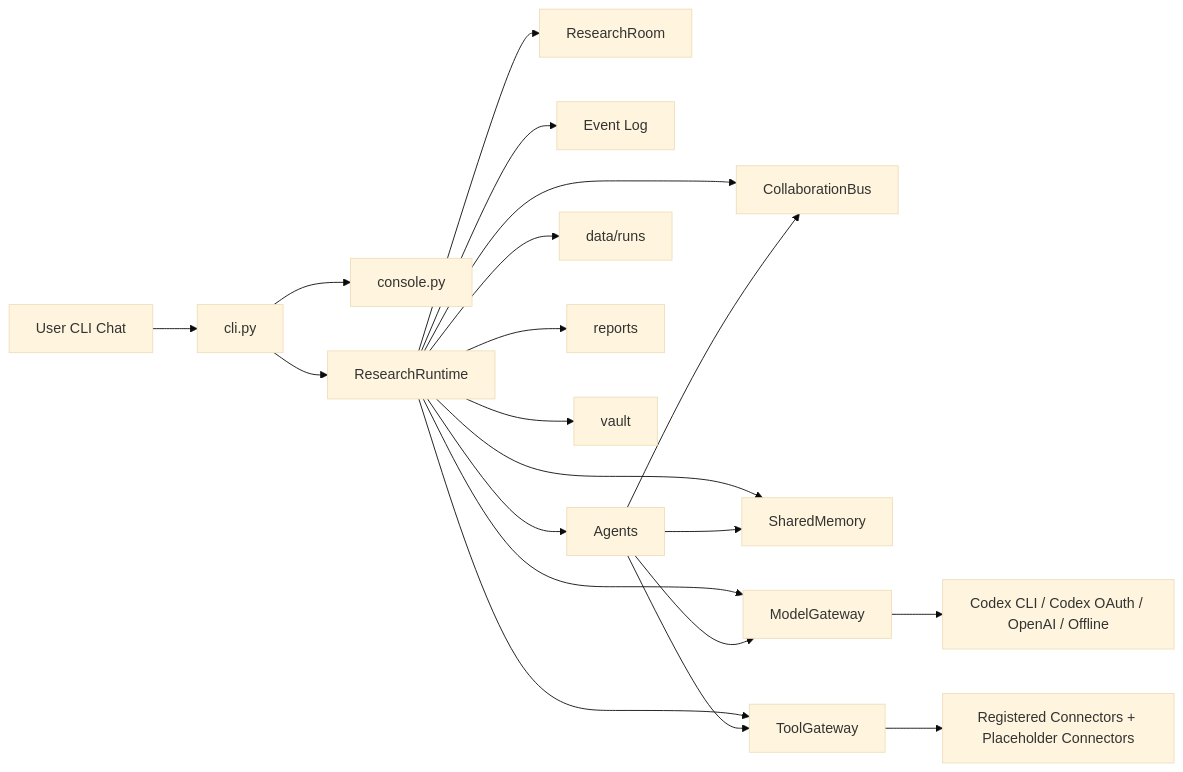
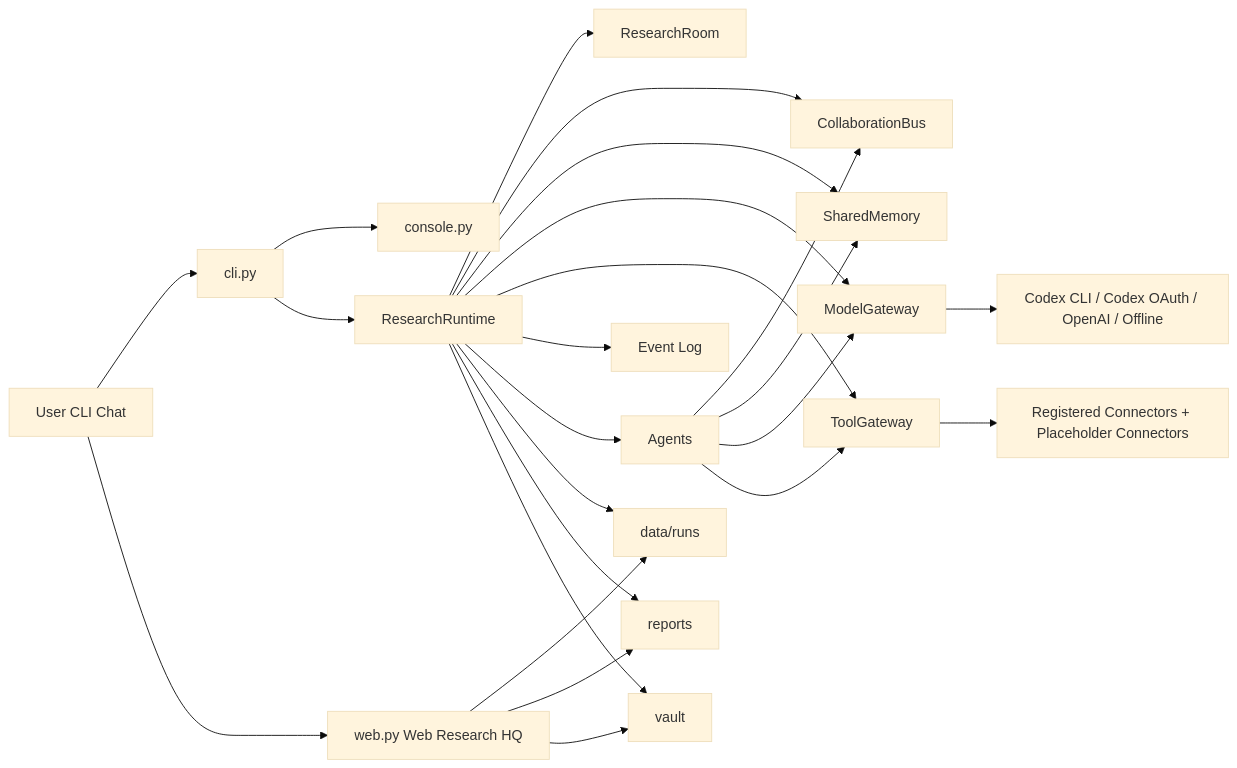
The diagram in docs/jimmoria-project-structure.md (Musashi-great/jimmoria), drawn with Mermaid (base theme) before and after one commit. The commit also changed other lines of this file and 4 other files, not shown here.

Commit message:
Add web research HQ dashboard

````diff
--- a/docs/jimmoria-project-structure.md
+++ b/docs/jimmoria-project-structure.md
@@ -104,26 +106,30 @@
 ```mermaid
 flowchart LR
     User[User CLI Chat] --> CLI[cli.py]
     CLI --> Console[console.py]
     CLI --> Runtime[ResearchRuntime]
+    User --> Web[web.py Web Research HQ]
 
     Runtime --> Room[ResearchRoom]
     Runtime --> Bus[CollaborationBus]
     Runtime --> Memory[SharedMemory]
     Runtime --> Model[ModelGateway]
     Runtime --> Tools[ToolGateway]
     Runtime --> Events[Event Log]
 
     Model --> Provider[Codex CLI / Codex OAuth / OpenAI / Offline]
     Tools --> External[Registered Connectors + Placeholder Connectors]
 
     Runtime --> Agents[Agents]
     Agents --> Bus
     Agents --> Memory
     Agents --> Model
     Agents --> Tools
 
     Runtime --> Runs[data/runs]
     Runtime --> Reports[reports]
     Runtime --> Vault[vault]
+    Web --> Runs
+    Web --> Reports
+    Web --> Vault
 ```
````
